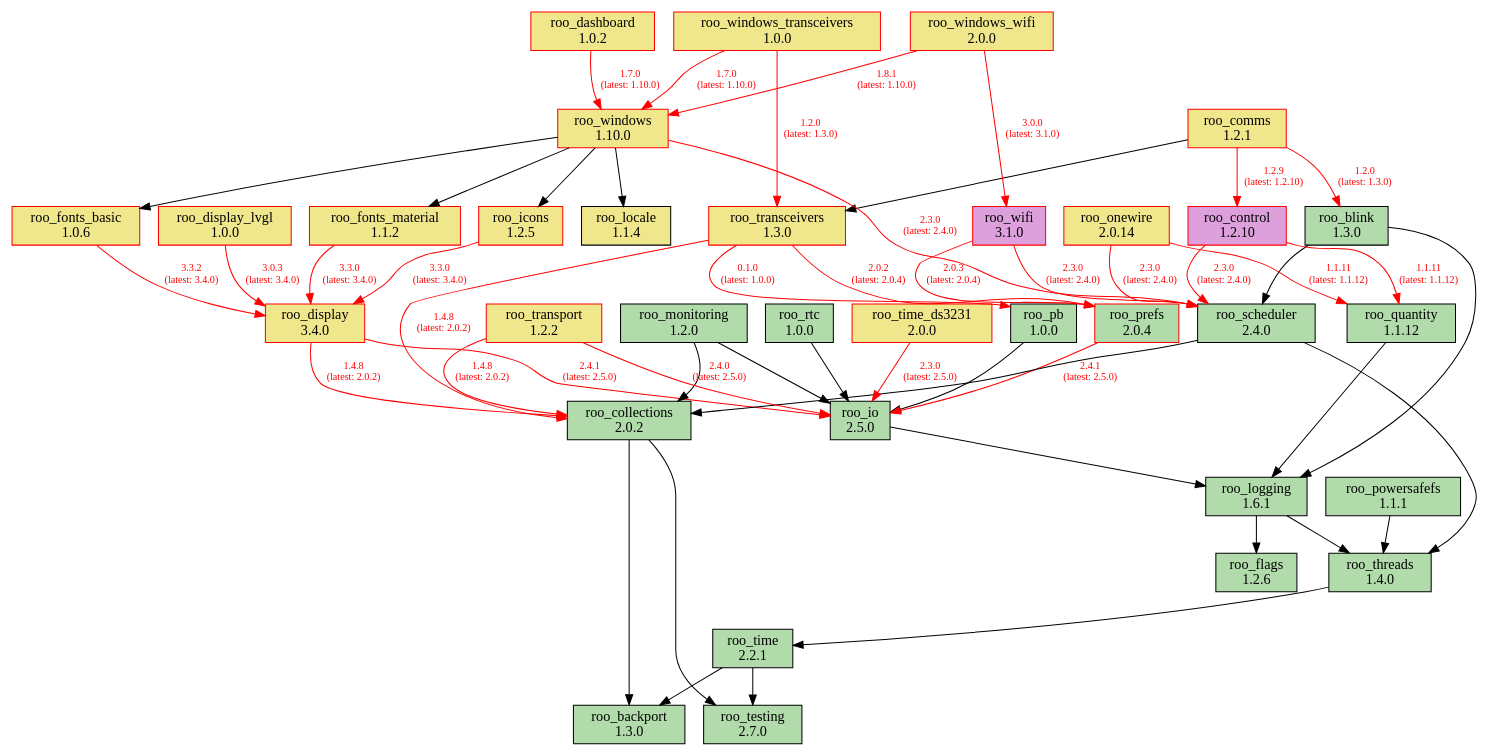
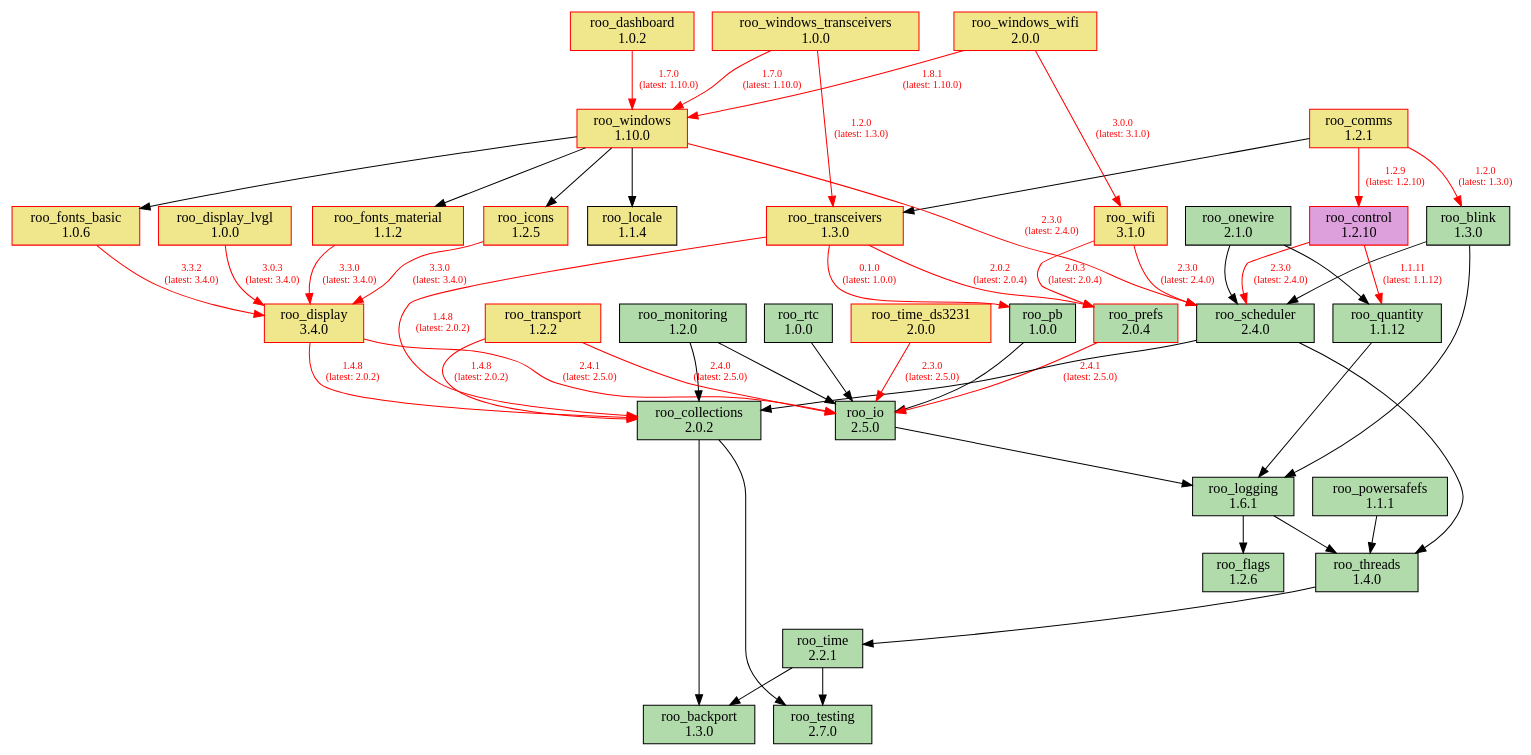
Before and after one commit to dejwk/roo-registry: the diagram in doc/dependencies.dot, drawn with Graphviz. The commit also changed 3 other files, not shown here.

Commit message:
Added roo_onewire 2.1.0 to the registry.

```diff
--- a/doc/dependencies.dot
+++ b/doc/dependencies.dot
@@ -1,92 +1,92 @@
 digraph dependencies {
     rankdir=TB;
     node [shape=box, style=filled];
     edge [fontsize=10];
 
     // Modules
     "roo_backport" [label="roo_backport\n1.3.0", fillcolor="#b1dbab", color="black"];
     "roo_blink" [label="roo_blink\n1.3.0", fillcolor="#b1dbab", color="black"];
     "roo_collections" [label="roo_collections\n2.0.2", fillcolor="#b1dbab", color="black"];
     "roo_comms" [label="roo_comms\n1.2.1", fillcolor="khaki", color="red"];
     "roo_control" [label="roo_control\n1.2.10", fillcolor="plum", color="red"];
     "roo_dashboard" [label="roo_dashboard\n1.0.2", fillcolor="khaki", color="red"];
     "roo_display" [label="roo_display\n3.4.0", fillcolor="khaki", color="red"];
     "roo_display_lvgl" [label="roo_display_lvgl\n1.0.0", fillcolor="khaki", color="red"];
     "roo_flags" [label="roo_flags\n1.2.6", fillcolor="#b1dbab", color="black"];
     "roo_fonts_basic" [label="roo_fonts_basic\n1.0.6", fillcolor="khaki", color="red"];
     "roo_fonts_material" [label="roo_fonts_material\n1.1.2", fillcolor="khaki", color="red"];
     "roo_icons" [label="roo_icons\n1.2.5", fillcolor="khaki", color="red"];
     "roo_io" [label="roo_io\n2.5.0", fillcolor="#b1dbab", color="black"];
     "roo_locale" [label="roo_locale\n1.1.4", fillcolor="khaki", color="black"];
     "roo_logging" [label="roo_logging\n1.6.1", fillcolor="#b1dbab", color="black"];
     "roo_monitoring" [label="roo_monitoring\n1.2.0", fillcolor="#b1dbab", color="black"];
-    "roo_onewire" [label="roo_onewire\n2.0.14", fillcolor="khaki", color="red"];
+    "roo_onewire" [label="roo_onewire\n2.1.0", fillcolor="#b1dbab", color="black"];
     "roo_pb" [label="roo_pb\n1.0.0", fillcolor="#b1dbab", color="black"];
     "roo_powersafefs" [label="roo_powersafefs\n1.1.1", fillcolor="#b1dbab", color="black"];
     "roo_prefs" [label="roo_prefs\n2.0.4", fillcolor="#b1dbab", color="red"];
     "roo_quantity" [label="roo_quantity\n1.1.12", fillcolor="#b1dbab", color="black"];
     "roo_rtc" [label="roo_rtc\n1.0.0", fillcolor="#b1dbab", color="black"];
     "roo_scheduler" [label="roo_scheduler\n2.4.0", fillcolor="#b1dbab", color="black"];
     "roo_testing" [label="roo_testing\n2.7.0", fillcolor="#b1dbab", color="black"];
     "roo_threads" [label="roo_threads\n1.4.0", fillcolor="#b1dbab", color="black"];
     "roo_time" [label="roo_time\n2.2.1", fillcolor="#b1dbab", color="black"];
     "roo_time_ds3231" [label="roo_time_ds3231\n2.0.0", fillcolor="khaki", color="red"];
     "roo_transceivers" [label="roo_transceivers\n1.3.0", fillcolor="khaki", color="red"];
     "roo_transport" [label="roo_transport\n1.2.2", fillcolor="khaki", color="red"];
-    "roo_wifi" [label="roo_wifi\n3.1.0", fillcolor="plum", color="red"];
+    "roo_wifi" [label="roo_wifi\n3.1.0", fillcolor="khaki", color="red"];
     "roo_windows" [label="roo_windows\n1.10.0", fillcolor="khaki", color="red"];
     "roo_windows_transceivers" [label="roo_windows_transceivers\n1.0.0", fillcolor="khaki", color="red"];
     "roo_windows_wifi" [label="roo_windows_wifi\n2.0.0", fillcolor="khaki", color="red"];
 
     // Dependencies
     "roo_blink" -> "roo_logging";
     "roo_blink" -> "roo_scheduler";
     "roo_collections" -> "roo_testing";
     "roo_collections" -> "roo_backport";
     "roo_comms" -> "roo_blink" [color=red, fontcolor=red, label="1.2.0\n(latest: 1.3.0)"];
     "roo_comms" -> "roo_control" [color=red, fontcolor=red, label="1.2.9\n(latest: 1.2.10)"];
     "roo_comms" -> "roo_transceivers";
     "roo_control" -> "roo_quantity" [color=red, fontcolor=red, label="1.1.11\n(latest: 1.1.12)"];
     "roo_control" -> "roo_scheduler" [color=red, fontcolor=red, label="2.3.0\n(latest: 2.4.0)"];
     "roo_dashboard" -> "roo_windows" [color=red, fontcolor=red, label="1.7.0\n(latest: 1.10.0)"];
     "roo_display" -> "roo_collections" [color=red, fontcolor=red, label="1.4.8\n(latest: 2.0.2)"];
     "roo_display" -> "roo_io" [color=red, fontcolor=red, label="2.4.1\n(latest: 2.5.0)"];
     "roo_display_lvgl" -> "roo_display" [color=red, fontcolor=red, label="3.0.3\n(latest: 3.4.0)"];
     "roo_fonts_basic" -> "roo_display" [color=red, fontcolor=red, label="3.3.2\n(latest: 3.4.0)"];
     "roo_fonts_material" -> "roo_display" [color=red, fontcolor=red, label="3.3.0\n(latest: 3.4.0)"];
     "roo_icons" -> "roo_display" [color=red, fontcolor=red, label="3.3.0\n(latest: 3.4.0)"];
     "roo_io" -> "roo_logging";
     "roo_logging" -> "roo_flags";
     "roo_logging" -> "roo_threads";
     "roo_monitoring" -> "roo_collections";
     "roo_monitoring" -> "roo_io";
-    "roo_onewire" -> "roo_scheduler" [color=red, fontcolor=red, label="2.3.0\n(latest: 2.4.0)"];
-    "roo_onewire" -> "roo_quantity" [color=red, fontcolor=red, label="1.1.11\n(latest: 1.1.12)"];
+    "roo_onewire" -> "roo_scheduler";
+    "roo_onewire" -> "roo_quantity";
     "roo_pb" -> "roo_io";
     "roo_powersafefs" -> "roo_threads";
     "roo_prefs" -> "roo_io" [color=red, fontcolor=red, label="2.4.1\n(latest: 2.5.0)"];
     "roo_quantity" -> "roo_logging";
     "roo_rtc" -> "roo_io";
     "roo_scheduler" -> "roo_collections";
     "roo_scheduler" -> "roo_threads";
     "roo_threads" -> "roo_time";
     "roo_time" -> "roo_testing";
     "roo_time" -> "roo_backport";
     "roo_time_ds3231" -> "roo_io" [color=red, fontcolor=red, label="2.3.0\n(latest: 2.5.0)"];
     "roo_transceivers" -> "roo_pb" [color=red, fontcolor=red, label="0.1.0\n(latest: 1.0.0)"];
     "roo_transceivers" -> "roo_collections" [color=red, fontcolor=red, label="1.4.8\n(latest: 2.0.2)"];
     "roo_transceivers" -> "roo_prefs" [color=red, fontcolor=red, label="2.0.2\n(latest: 2.0.4)"];
     "roo_transport" -> "roo_collections" [color=red, fontcolor=red, label="1.4.8\n(latest: 2.0.2)"];
     "roo_transport" -> "roo_io" [color=red, fontcolor=red, label="2.4.0\n(latest: 2.5.0)"];
     "roo_wifi" -> "roo_prefs" [color=red, fontcolor=red, label="2.0.3\n(latest: 2.0.4)"];
     "roo_wifi" -> "roo_scheduler" [color=red, fontcolor=red, label="2.3.0\n(latest: 2.4.0)"];
     "roo_windows" -> "roo_fonts_basic";
     "roo_windows" -> "roo_fonts_material";
     "roo_windows" -> "roo_locale";
     "roo_windows" -> "roo_icons";
     "roo_windows" -> "roo_scheduler" [color=red, fontcolor=red, label="2.3.0\n(latest: 2.4.0)"];
     "roo_windows_transceivers" -> "roo_transceivers" [color=red, fontcolor=red, label="1.2.0\n(latest: 1.3.0)"];
     "roo_windows_transceivers" -> "roo_windows" [color=red, fontcolor=red, label="1.7.0\n(latest: 1.10.0)"];
     "roo_windows_wifi" -> "roo_wifi" [color=red, fontcolor=red, label="3.0.0\n(latest: 3.1.0)"];
     "roo_windows_wifi" -> "roo_windows" [color=red, fontcolor=red, label="1.8.1\n(latest: 1.10.0)"];
 }
```
